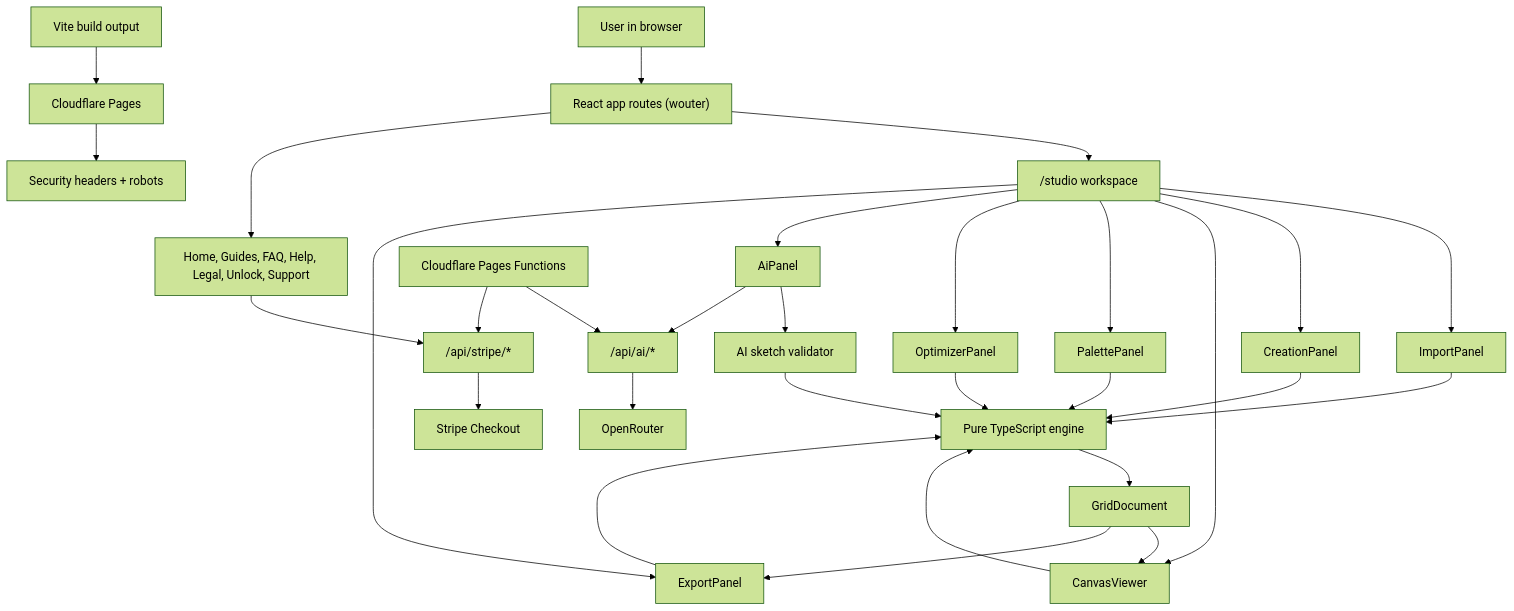
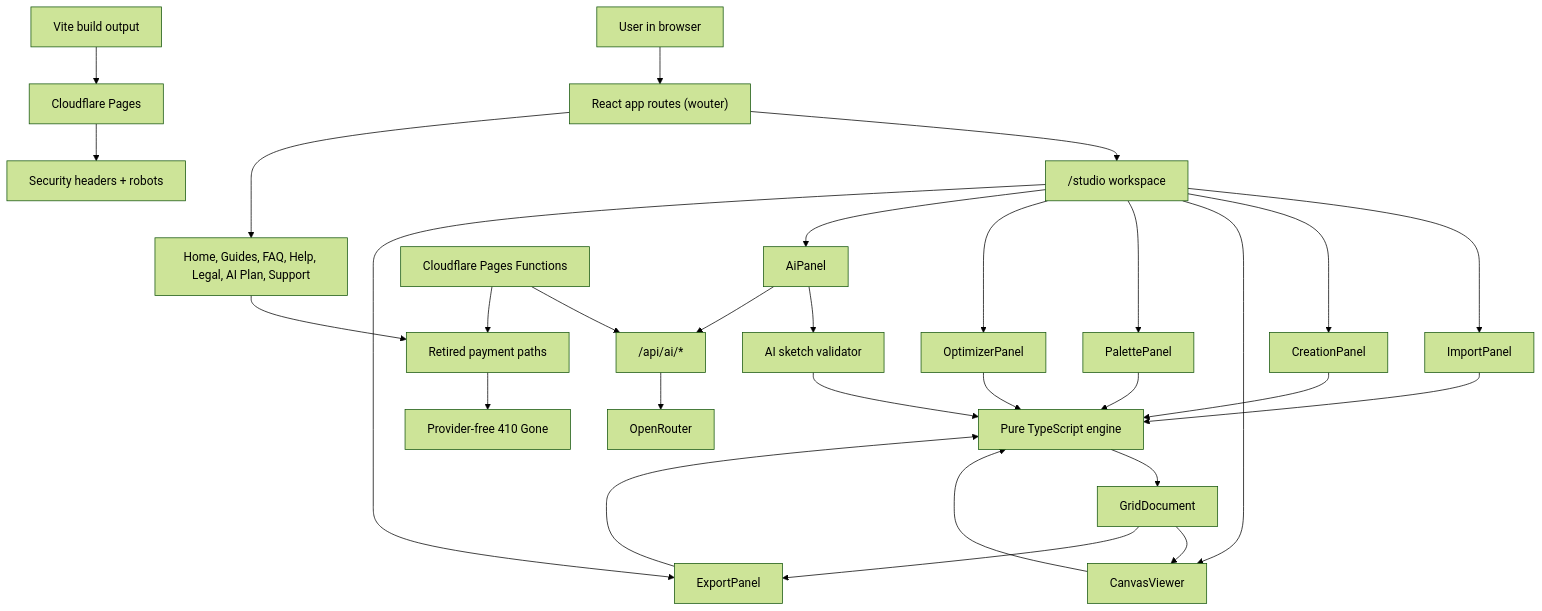
One commit to RazonIn4K/Mii-pixelart changed the first of 8 diagrams in living-the-grid-studio/PROJECT_STACK_AND_IMPLEMENTATION.md. Above: the diagram before and after it, drawn with Mermaid (forest theme). The commit also changed other lines of this file and 38 other files, not shown here.

````diff
--- a/living-the-grid-studio/PROJECT_STACK_AND_IMPLEMENTATION.md
+++ b/living-the-grid-studio/PROJECT_STACK_AND_IMPLEMENTATION.md
@@ -51,38 +51,38 @@
 ```mermaid
 flowchart TD
   User["User in browser"] --> Routes["React app routes (wouter)"]
   Routes --> Studio["/studio workspace"]
-  Routes --> SitePages["Home, Guides, FAQ, Help, Legal, Unlock, Support"]
+  Routes --> SitePages["Home, Guides, FAQ, Help, Legal, AI Plan, Support"]
 
   Studio --> Import["ImportPanel"]
   Studio --> Create["CreationPanel"]
   Studio --> Canvas["CanvasViewer"]
   Studio --> Palette["PalettePanel"]
   Studio --> Optimize["OptimizerPanel"]
   Studio --> AI["AiPanel"]
   Studio --> Export["ExportPanel"]
 
   Import --> Engine["Pure TypeScript engine"]
   Create --> Engine
   Canvas --> Engine
   Palette --> Engine
   Optimize --> Engine
   AI --> AiSketch["AI sketch validator"]
   AiSketch --> Engine
   Export --> Engine
 
   Engine --> GridDoc["GridDocument"]
   GridDoc --> Canvas
   GridDoc --> Export
 
   AI --> ApiAI["/api/ai/*"]
   ApiAI --> OpenRouter["OpenRouter"]
 
-  SitePages --> ApiStripe["/api/stripe/*"]
-  ApiStripe --> Stripe["Stripe Checkout"]
+  SitePages --> RetiredPayment["Retired payment paths"]
+  RetiredPayment --> Gone["Provider-free 410 Gone"]
 
   BrowserBuild["Vite build output"] --> CloudflarePages["Cloudflare Pages"]
   Functions["Cloudflare Pages Functions"] --> ApiAI
-  Functions --> ApiStripe
+  Functions --> RetiredPayment
   CloudflarePages --> Headers["Security headers + robots"]
 ```
````
